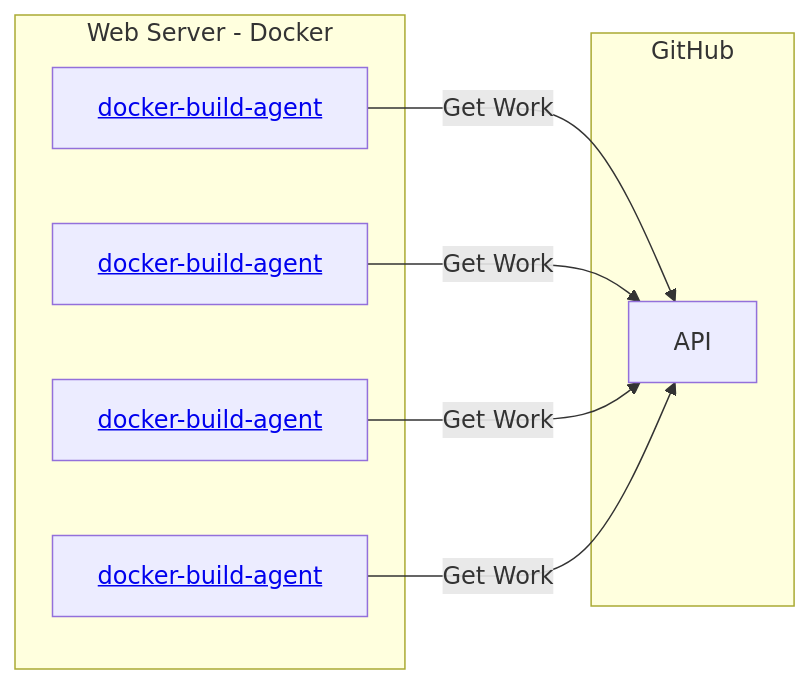
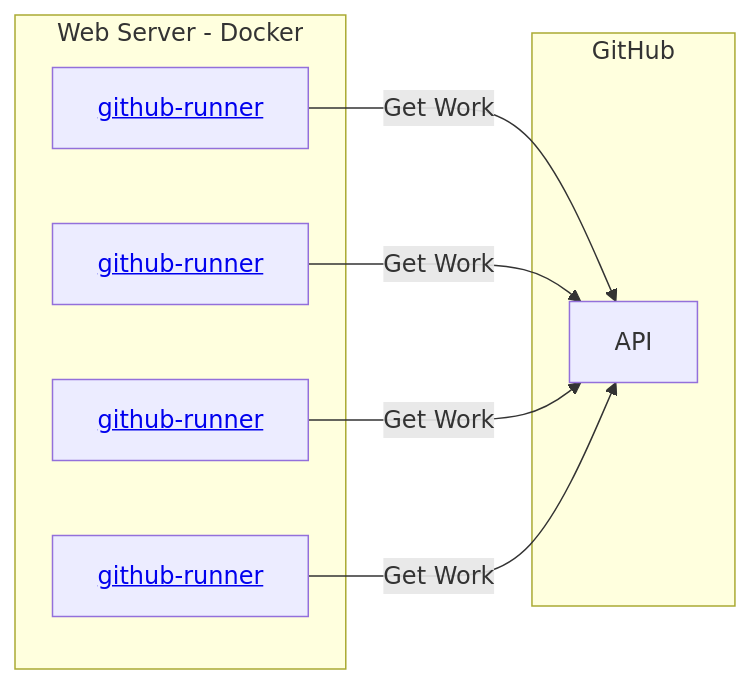
One commit to nullinside-development-group/.github changed the second of 3 diagrams in profile/README.md. Above: the diagram before and after it, drawn with Mermaid. The commit also changed other lines of this file, not shown here.

Commit message:
docs: adding reference to desktop application

````diff
--- a/profile/README.md
+++ b/profile/README.md
@@ -64,16 +66,16 @@
 ```mermaid
 flowchart LR
     a1-->|Get Work|API
     a2-->|Get Work|API
     a3-->|Get Work|API
     a4-->|Get Work|API
     subgraph Web Server - Docker
-        a1[<a href='https://github.com/ProgrammingByPermutation/scripts/tree/main/github-runner'>docker-build-agent</a>]
-        a2[<a href='https://github.com/ProgrammingByPermutation/scripts/tree/main/github-runner'>docker-build-agent</a>]
-        a3[<a href='https://github.com/ProgrammingByPermutation/scripts/tree/main/github-runner'>docker-build-agent</a>]
-        a4[<a href='https://github.com/ProgrammingByPermutation/scripts/tree/main/github-runner'>docker-build-agent</a>]
+        a1[<a href='https://github.com/ProgrammingByPermutation/scripts/tree/main/github-runner'>github-runner</a>]
+        a2[<a href='https://github.com/ProgrammingByPermutation/scripts/tree/main/github-runner'>github-runner</a>]
+        a3[<a href='https://github.com/ProgrammingByPermutation/scripts/tree/main/github-runner'>github-runner</a>]
+        a4[<a href='https://github.com/ProgrammingByPermutation/scripts/tree/main/github-runner'>github-runner</a>]
     end
     subgraph GitHub
         API
     end
 ```
````
